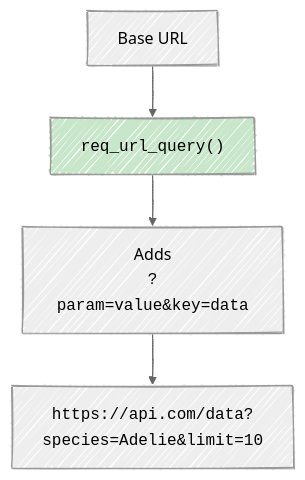
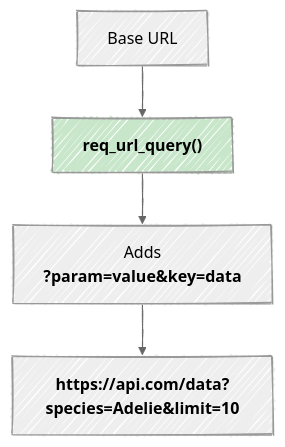
The eighth of 10 diagrams in r-app-api.qmd (mjfrigaard/do4ds-labs), drawn with Mermaid before and after one commit. The commit also changed other lines of this file and 34 other files, not shown here.

Commit message:
updates to mermaid

````diff
--- a/r-app-api.qmd
+++ b/r-app-api.qmd
@@ -642,12 +673,12 @@
 ```{mermaid}
 %%| fig-width: 6.5
 %%| fig-align: center
 %%{init: {'theme': 'neutral', 'look': 'handDrawn', 'themeVariables': { 'fontFamily': 'monospace'}}}%%
 
 graph TD
-	A[Base URL] --> B["<code>req_url_query()</code>"]
-	B --> C["Adds<br><code>?param=value&key=data</code>"]
-	C --> D["<code>https://</code><code>api.com/data?species=Adelie&limit=10</code>"]
+	A[Base URL] --> B["<strong>req_url_query()</strong>"]
+	B --> C["Adds<br><strong>?param=value&key=data</strong>"]
+	C --> D["<strong>https://</strong><strong>api.com/data?species=Adelie&limit=10</strong>"]
 
 style B fill:#c8e6c9
 ```
````
